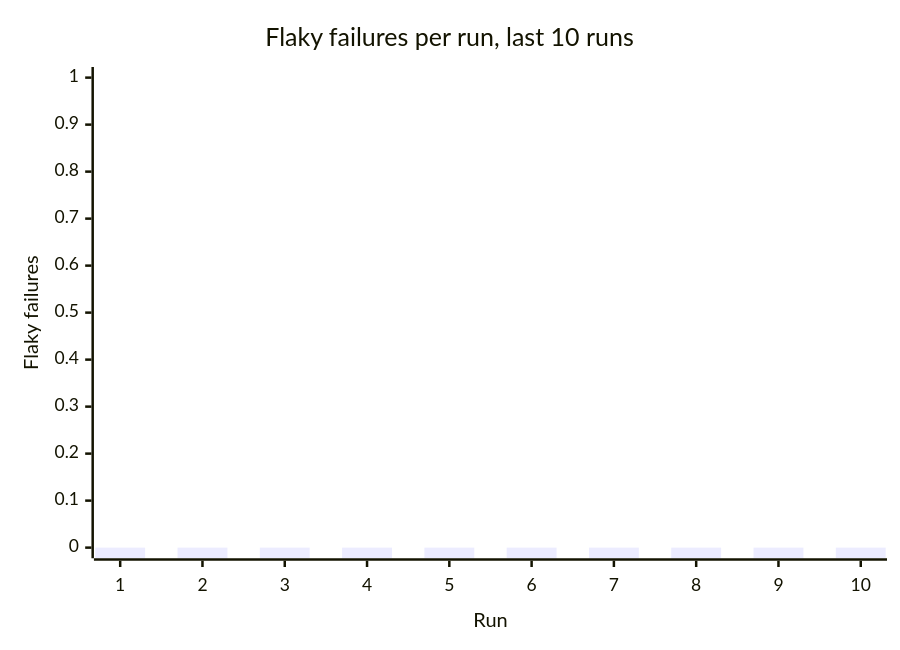
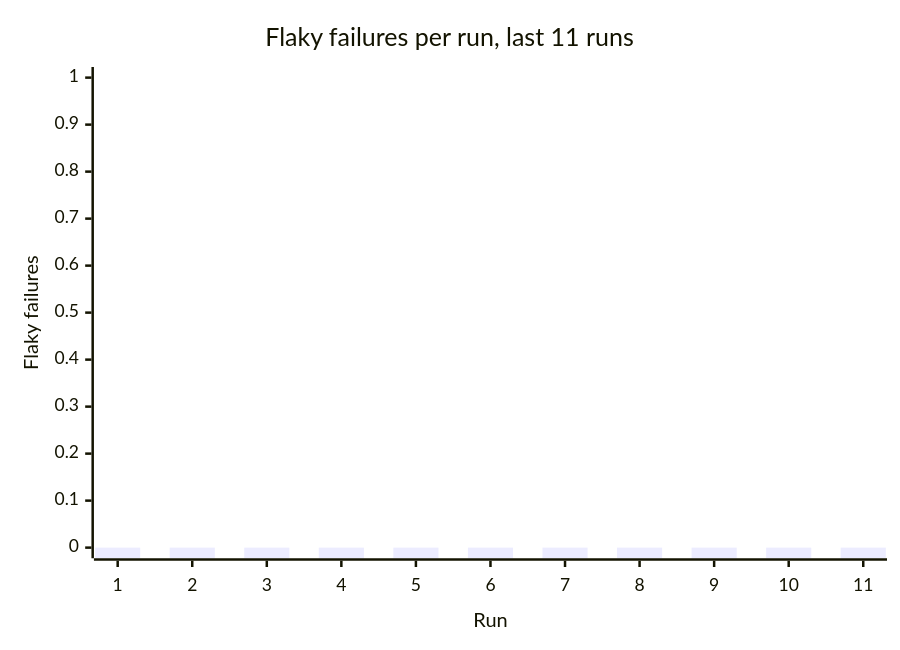
Before and after one commit to Shirojoufu/DORA-Metrics: the second of 3 diagrams in reports/summary.md, drawn with Mermaid. The commit also changed other lines of this file and 5 other files, not shown here.

````diff
--- a/reports/summary.md
+++ b/reports/summary.md
@@ -25,7 +25,7 @@
 ```mermaid
 xychart-beta
-    title "Flaky failures per run, last 10 runs"
-    x-axis "Run" [1, 2, 3, 4, 5, 6, 7, 8, 9, 10]
+    title "Flaky failures per run, last 11 runs"
+    x-axis "Run" [1, 2, 3, 4, 5, 6, 7, 8, 9, 10, 11]
     y-axis "Flaky failures" 0 --> 1
-    bar [0, 0, 0, 0, 0, 0, 0, 0, 0, 0]
+    bar [0, 0, 0, 0, 0, 0, 0, 0, 0, 0, 0]
 ```
````
